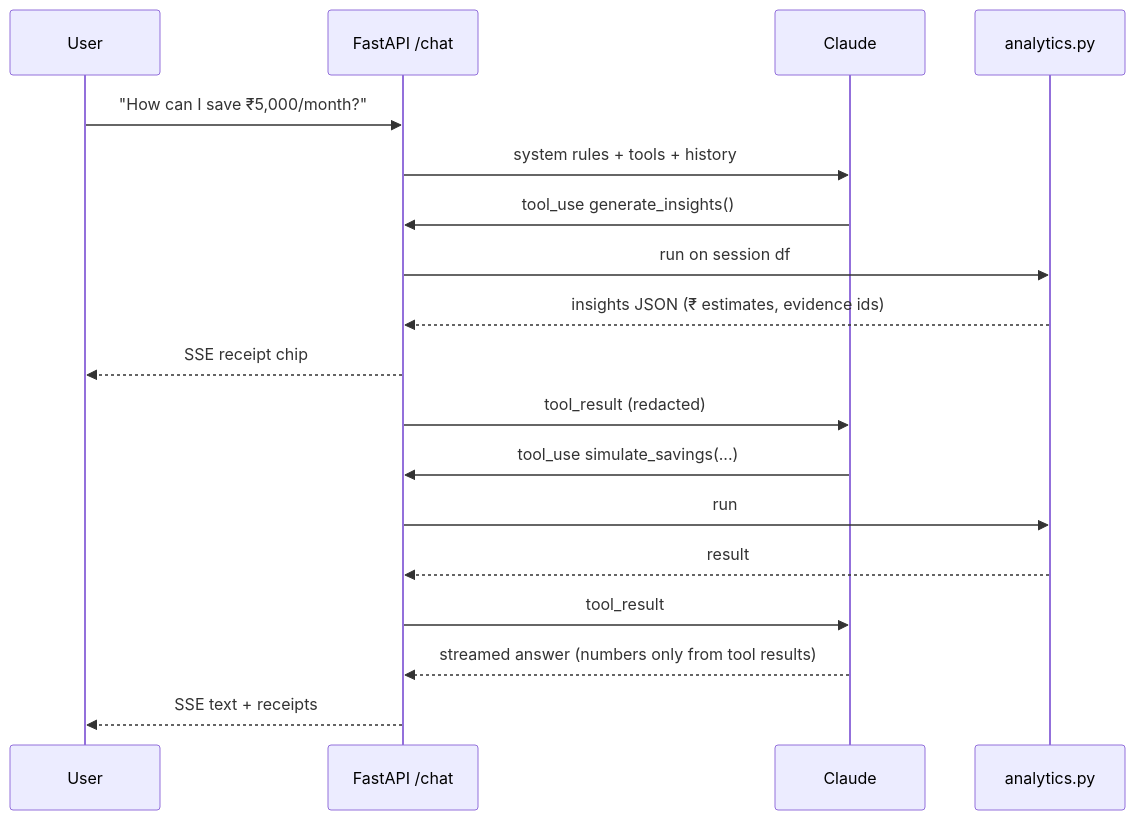
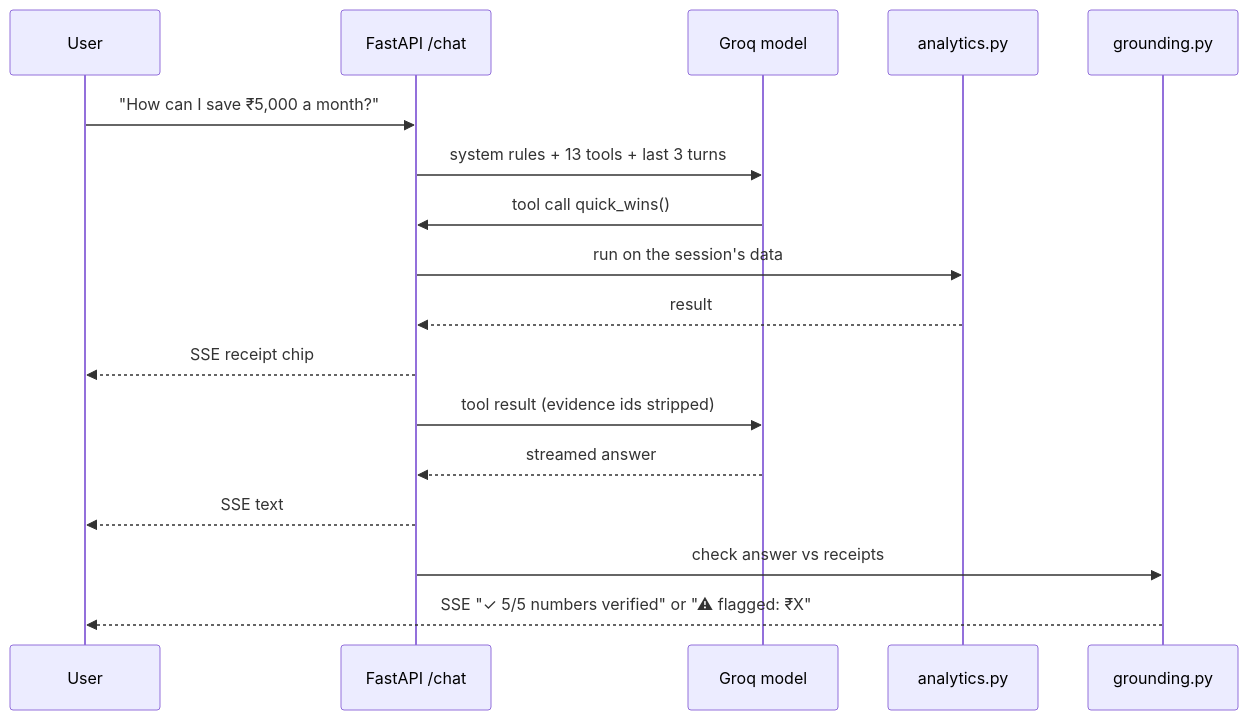
One commit to Akarshakk/RGIT_Hack_Round0 changed the third of 3 diagrams in presentation_reference.md. Above: the diagram before and after it, drawn with Mermaid. The commit also changed other lines of this file and 4 other files, not shown here.

````diff
--- a/presentation_reference.md
+++ b/presentation_reference.md
@@ -166,20 +182,19 @@
 ```mermaid
 sequenceDiagram
   participant U as User
   participant API as FastAPI /chat
-  participant C as Claude
+  participant M as Groq model
   participant A as analytics.py
-  U->>API: "How can I save ₹5,000/month?"
-  API->>C: system rules + tools + history
-  C->>API: tool_use generate_insights()
-  API->>A: run on session df
-  A-->>API: insights JSON (₹ estimates, evidence ids)
+  participant G as grounding.py
+  U->>API: "How can I save ₹5,000 a month?"
+  API->>M: system rules + 13 tools + last 3 turns
+  M->>API: tool call quick_wins()
+  API->>A: run on the session's data
+  A-->>API: result
   API-->>U: SSE receipt chip
-  API->>C: tool_result (redacted)
-  C->>API: tool_use simulate_savings(...)
-  API->>A: run
-  A-->>API: result
-  API->>C: tool_result
-  C-->>API: streamed answer (numbers only from tool results)
-  API-->>U: SSE text + receipts
+  API->>M: tool result (evidence ids stripped)
+  M-->>API: streamed answer
+  API-->>U: SSE text
+  API->>G: check answer vs receipts
+  G-->>U: SSE "✓ 5/5 numbers verified" or "⚠ flagged: ₹X"
 ```
````
